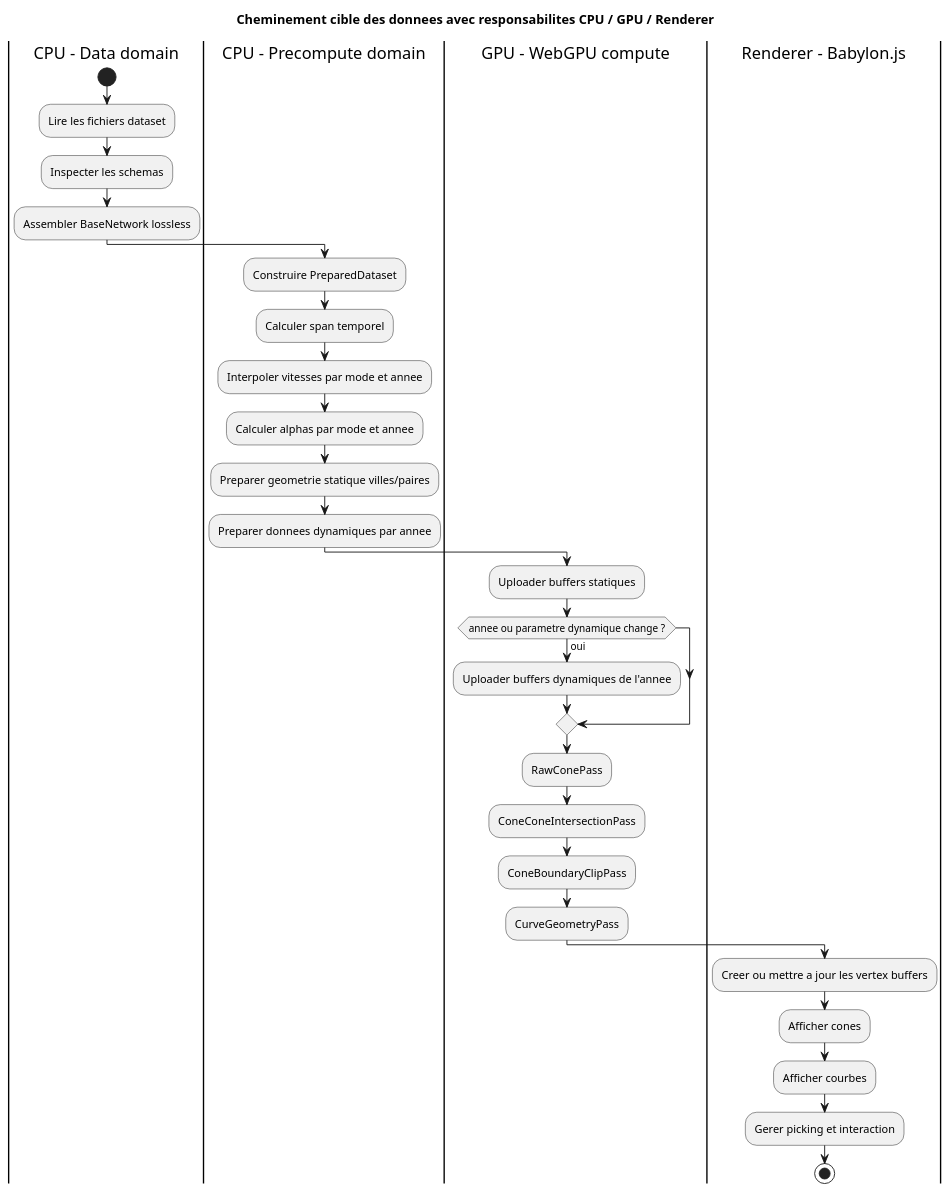
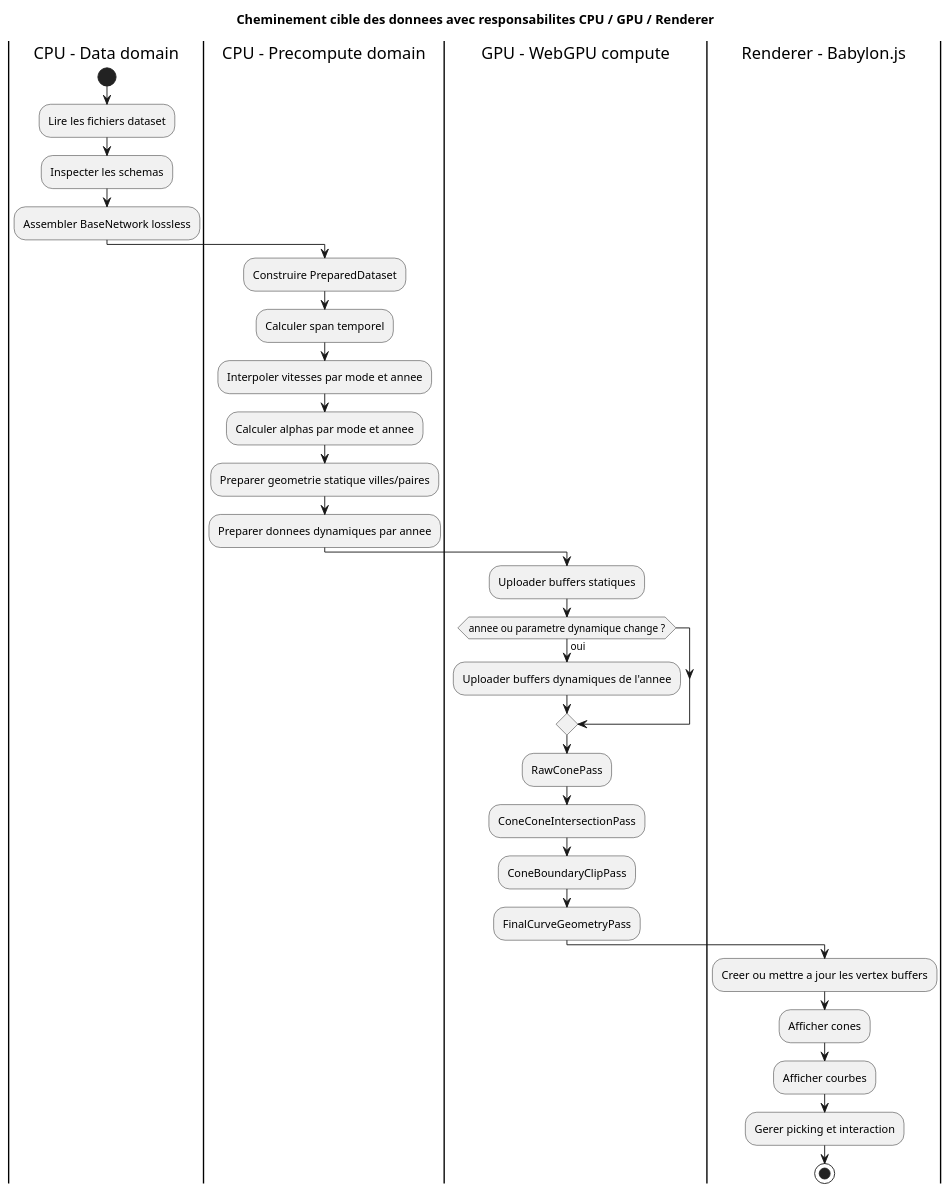
One commit to kaktus40/shriveling_world changed the first of 14 diagrams in docs/precompute-dataflow-cpu-gpu.md. Above: the diagram before and after it, drawn with PlantUML. The commit also changed other lines of this file and 22 other files, not shown here.

Commit message:
feat(m9): align final curve runtime contract

````diff
--- a/docs/precompute-dataflow-cpu-gpu.md
+++ b/docs/precompute-dataflow-cpu-gpu.md
@@ -60,37 +60,37 @@
 ```plantuml
 @startuml
 title Cheminement cible des donnees avec responsabilites CPU / GPU / Renderer
 
 |CPU - Data domain|
 start
 :Lire les fichiers dataset;
 :Inspecter les schemas;
 :Assembler BaseNetwork lossless;
 
 |CPU - Precompute domain|
 :Construire PreparedDataset;
 :Calculer span temporel;
 :Interpoler vitesses par mode et annee;
 :Calculer alphas par mode et annee;
 :Preparer geometrie statique villes/paires;
 :Preparer donnees dynamiques par annee;
 
 |GPU - WebGPU compute|
 :Uploader buffers statiques;
 if (annee ou parametre dynamique change ?) then (oui)
   :Uploader buffers dynamiques de l'annee;
 endif
 :RawConePass;
 :ConeConeIntersectionPass;
 :ConeBoundaryClipPass;
-:CurveGeometryPass;
+:FinalCurveGeometryPass;
 
 |Renderer - Babylon.js|
 :Creer ou mettre a jour les vertex buffers;
 :Afficher cones;
 :Afficher courbes;
 :Gerer picking et interaction;
 
 stop
 @enduml
 ```
````
